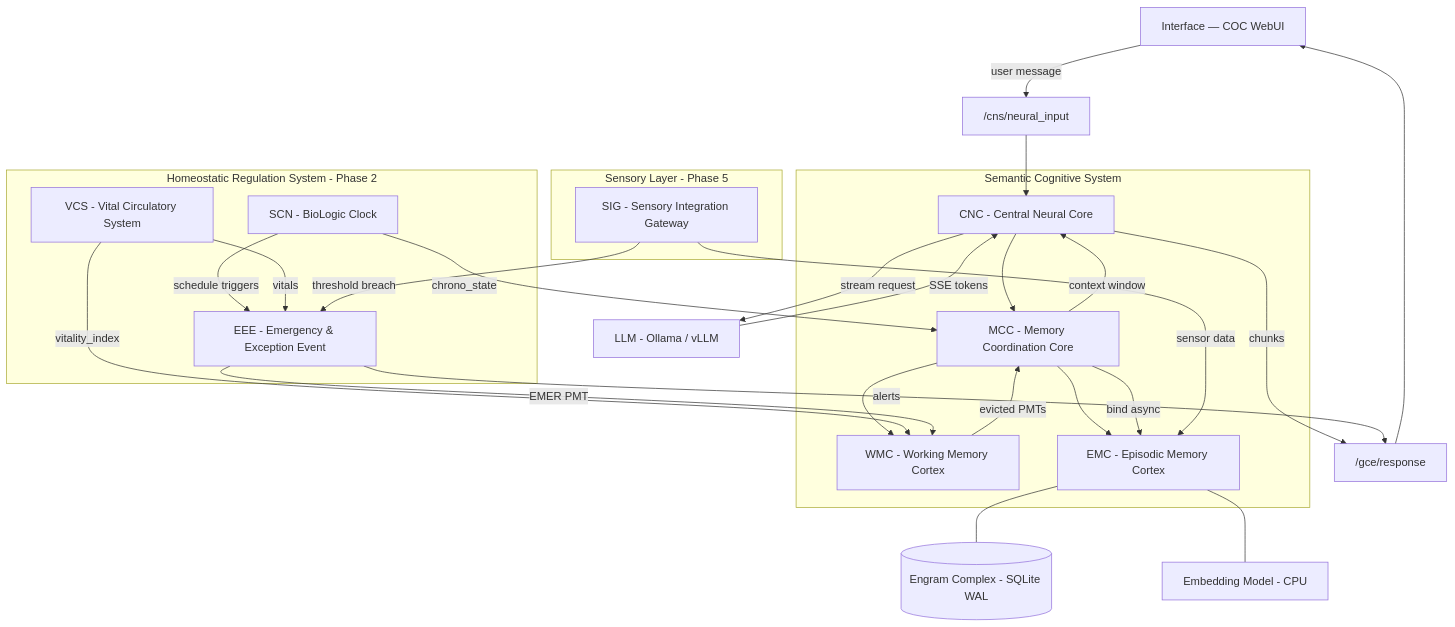
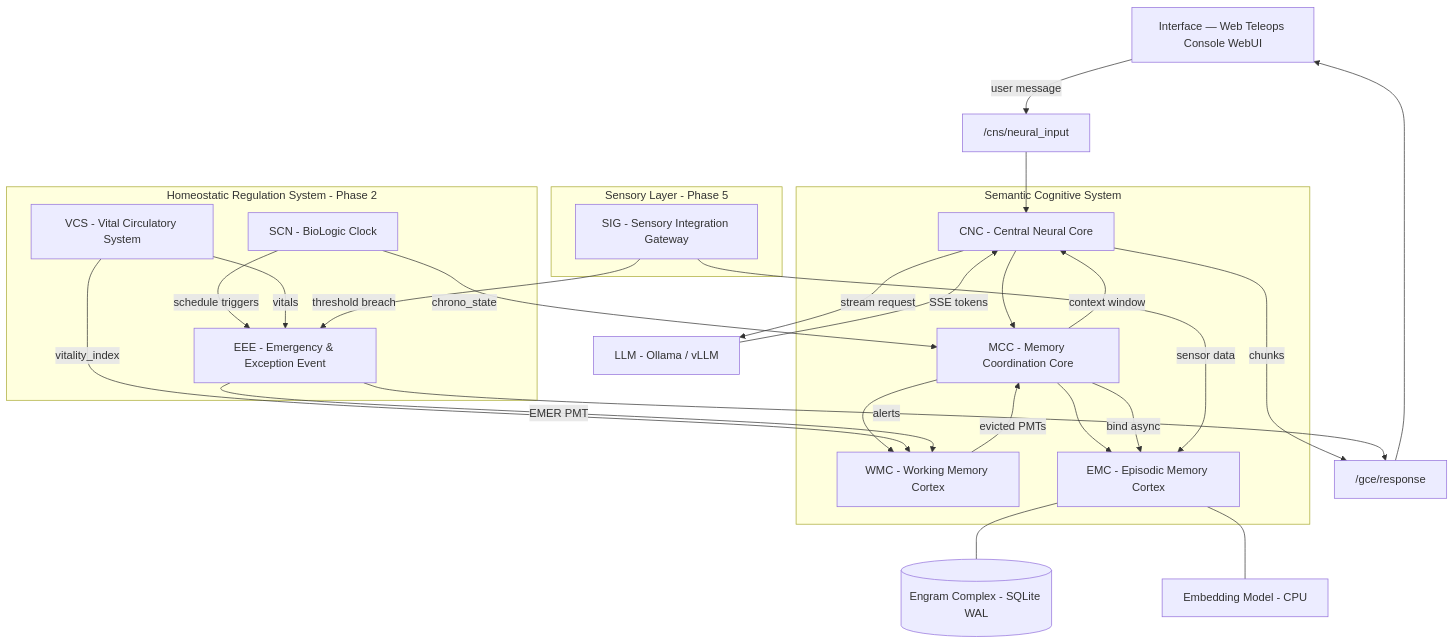
Before and after one commit to OppaAI/AGi: the first of 2 diagrams in README.md, drawn with Mermaid. The commit also changed other lines of this file and 17 other files, not shown here.

Commit message:
refactor(coc): rename interface to web teleops console

````diff
--- a/README.md
+++ b/README.md
@@ -427,51 +427,51 @@
 ```mermaid
 flowchart TD
-    COC[Interface — COC WebUI]
+    WEB_TELEOPS_CONSOLE[Interface — Web Teleops Console WebUI]
     IN[ /cns/neural_input]
     OUT[ /gce/response]
  
     subgraph SCS[Semantic Cognitive System]
         CNC[CNC - Central Neural Core]
         MCC[MCC - Memory Coordination Core]
         WMC[WMC - Working Memory Cortex]
         EMC[EMC - Episodic Memory Cortex]
     end
  
     subgraph HRS[Homeostatic Regulation System - Phase 2]
         SCN[SCN - BioLogic Clock]
         EEE[EEE - Emergency & Exception Event]
         VCS[VCS - Vital Circulatory System]
     end
  
     subgraph SENS[Sensory Layer - Phase 5]
         SIG[SIG - Sensory Integration Gateway]
     end
  
     LLM[LLM - Ollama / vLLM]
     DB[(Engram Complex - SQLite WAL)]
     EMBED[Embedding Model - CPU]
  
-    COC -->|user message| IN
+    WEB_TELEOPS_CONSOLE -->|user message| IN
     IN --> CNC
     CNC --> MCC
     MCC --> WMC
     MCC --> EMC
     WMC -->|evicted PMTs| MCC
     MCC -->|bind async| EMC
     EMC --- DB
     EMC --- EMBED
     MCC -->|context window| CNC
     CNC -->|stream request| LLM
     LLM -->|SSE tokens| CNC
     CNC -->|chunks| OUT
-    OUT --> COC
+    OUT --> WEB_TELEOPS_CONSOLE
  
     SCN -->|chrono_state| MCC
     SCN -->|schedule triggers| EEE
     VCS -->|vitals| EEE
     VCS -->|vitality_index| WMC
     EEE -->|EMER PMT| WMC
     EEE -->|alerts| OUT
     SIG -->|sensor data| EMC
     SIG -->|threshold breach| EEE
 ```
````
